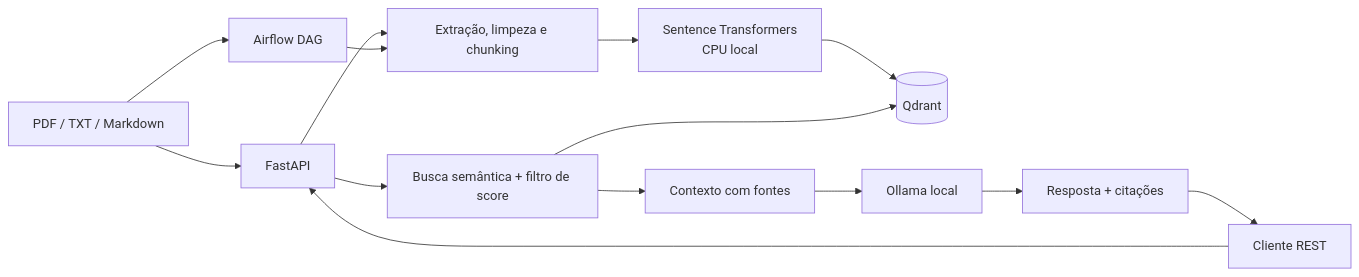
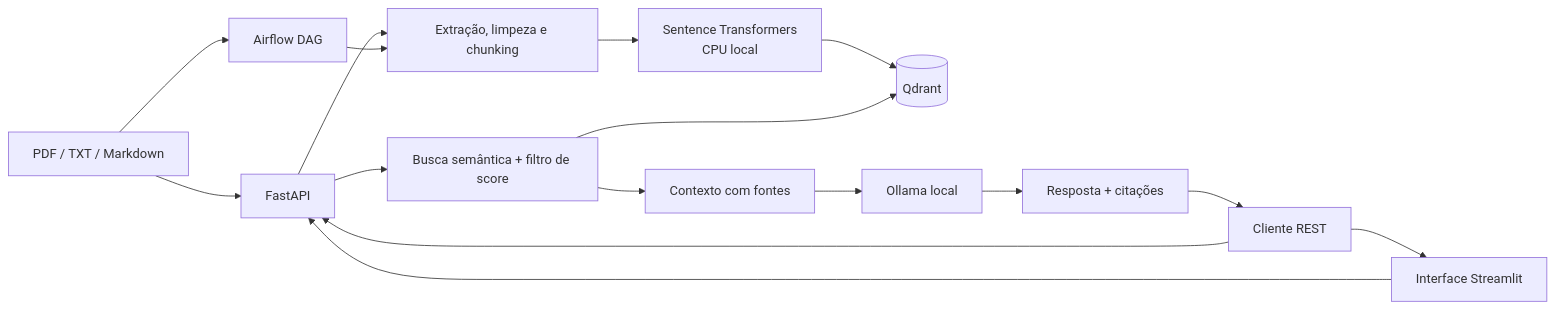
The diagram in README.md (DrkCde15/RAG-Pipeline), drawn with Mermaid before and after one commit. The commit also changed other lines of this file and 9 other files, not shown here.

Commit message:
Add Streamlit interface for RAG workflows

````diff
--- a/README.md
+++ b/README.md
@@ -7,16 +7,18 @@
 ```mermaid
 flowchart LR
     Files[PDF / TXT / Markdown] --> API[FastAPI]
     Files --> Airflow[Airflow DAG]
     API --> Load[Extração, limpeza e chunking]
     Airflow --> Load
     Load --> Embeddings[Sentence Transformers<br/>CPU local]
     Embeddings --> Qdrant[(Qdrant)]
     User[Cliente REST] --> API
+    User --> UI[Interface Streamlit]
+    UI --> API
     API --> Retrieval[Busca semântica + filtro de score]
     Retrieval --> Qdrant
     Retrieval --> Prompt[Contexto com fontes]
     Prompt --> Ollama[Ollama local]
     Ollama --> Answer[Resposta + citações]
     Answer --> User
 ```
````
